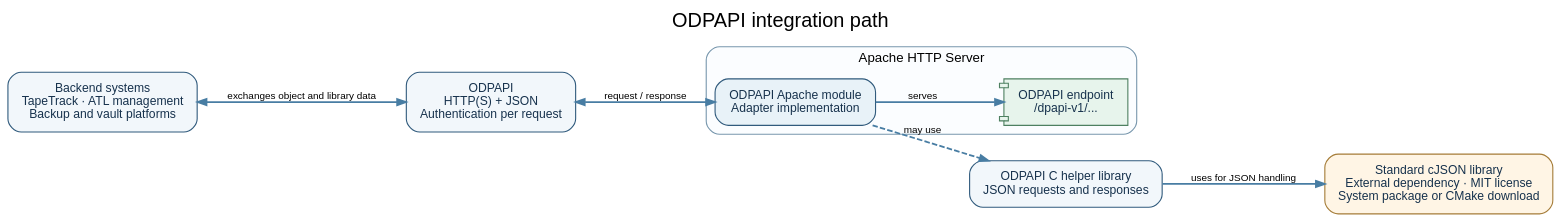
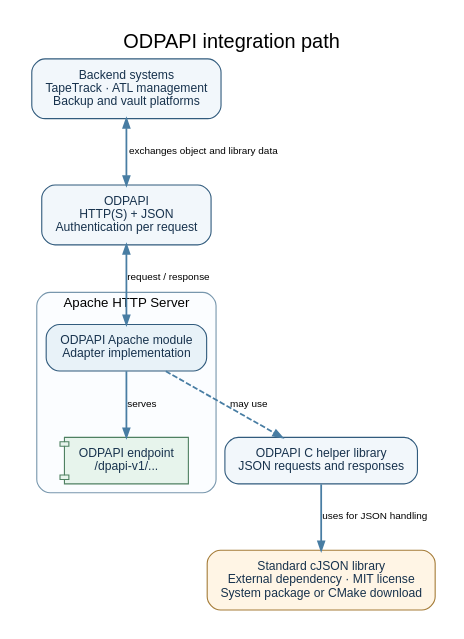
One commit to gazillabyte/odpapi changed the diagram in graphics/odpapi-architecture.dot. Above: the diagram before and after it, drawn with Graphviz. The commit also changed 13 other files, not shown here.

```diff
--- a/graphics/odpapi-architecture.dot
+++ b/graphics/odpapi-architecture.dot
@@ -1,42 +1,42 @@
 digraph ODPAPIArchitecture {
     graph [
-        rankdir=LR,
-        bgcolor="transparent",
+        rankdir=TB,
+        bgcolor="white",
         pad="0.25",
         nodesep="0.45",
         ranksep="0.7",
         fontname="Arial",
         label="ODPAPI integration path",
         labelloc="t",
         fontsize=18
     ];
     node [shape=box, style="rounded,filled", fontname="Arial", fontsize=11,
           color="#315b7d", fillcolor="#f2f7fb", fontcolor="#17324d", margin="0.18,0.12"];
     edge [dir=both, color="#487da3", penwidth=1.6, arrowsize=0.8, fontname="Arial", fontsize=9];
 
     backend [label="Backend systems\nTapeTrack · ATL management\nBackup and vault platforms"];
     api [label="ODPAPI\nHTTP(S) + JSON\nAuthentication per request"];
 
     subgraph cluster_apache {
         label="Apache HTTP Server";
         labelloc="t";
         fontname="Arial";
         fontsize=12;
         color="#7897ad";
         style="rounded";
         bgcolor="#fbfdff";
 
         mod [label="ODPAPI Apache module\nAdapter implementation", fillcolor="#e8f2f8"];
         endpoint [label="ODPAPI endpoint\n/dpapi-v1/...", shape=component, fillcolor="#e7f4ec", color="#4e8061"];
         mod -> endpoint [dir=forward, label="serves"];
     }
 
     backend -> api [label="exchanges object and library data"];
     api -> mod [label="request / response"];
 
     helpers [label="ODPAPI C helper library\nJSON requests and responses"];
     cjson [label="Standard cJSON library\nExternal dependency · MIT license\nSystem package or CMake download",
            fillcolor="#fff5e5", color="#a57c38"];
     mod -> helpers [dir=forward, label="may use", style=dashed];
     helpers -> cjson [dir=forward, label="uses for JSON handling"];
 }
```
